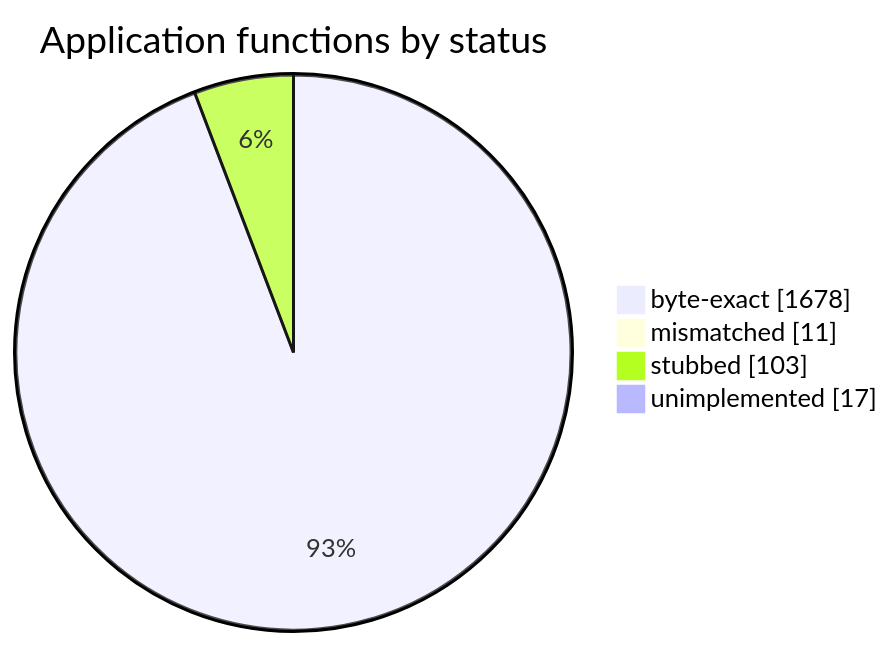
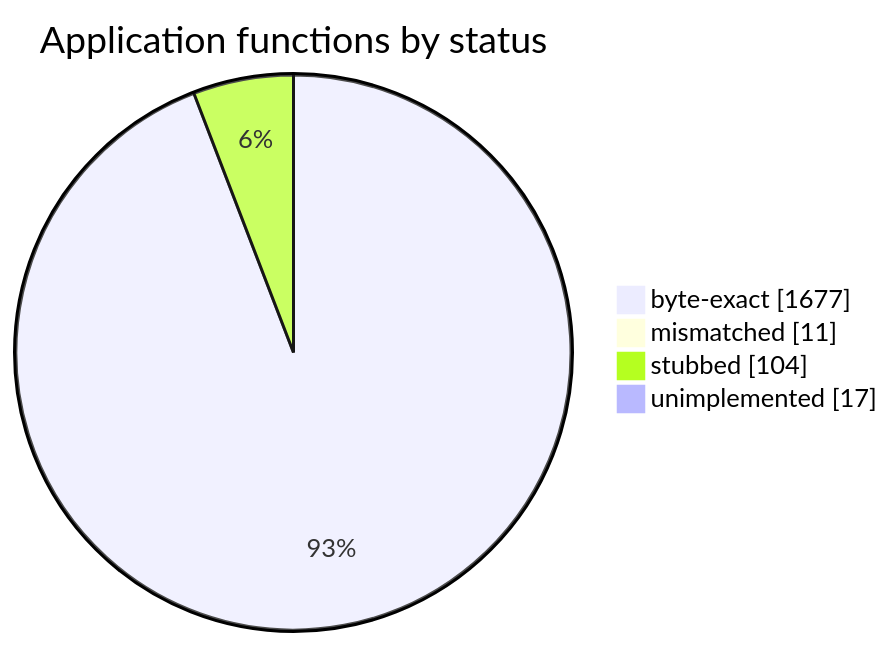
One commit to sorokya/eos changed the diagram in README.md. Above: the diagram before and after it, drawn with Mermaid. The commit also changed other lines of this file and 3 other files, not shown here.

````diff
--- a/README.md
+++ b/README.md
@@ -154,8 +154,8 @@
 ```mermaid
 pie showData
     title Application functions by status
-    "byte-exact" : 1678
+    "byte-exact" : 1677
     "mismatched" : 11
-    "stubbed" : 103
+    "stubbed" : 104
     "unimplemented" : 17
 ```
````
